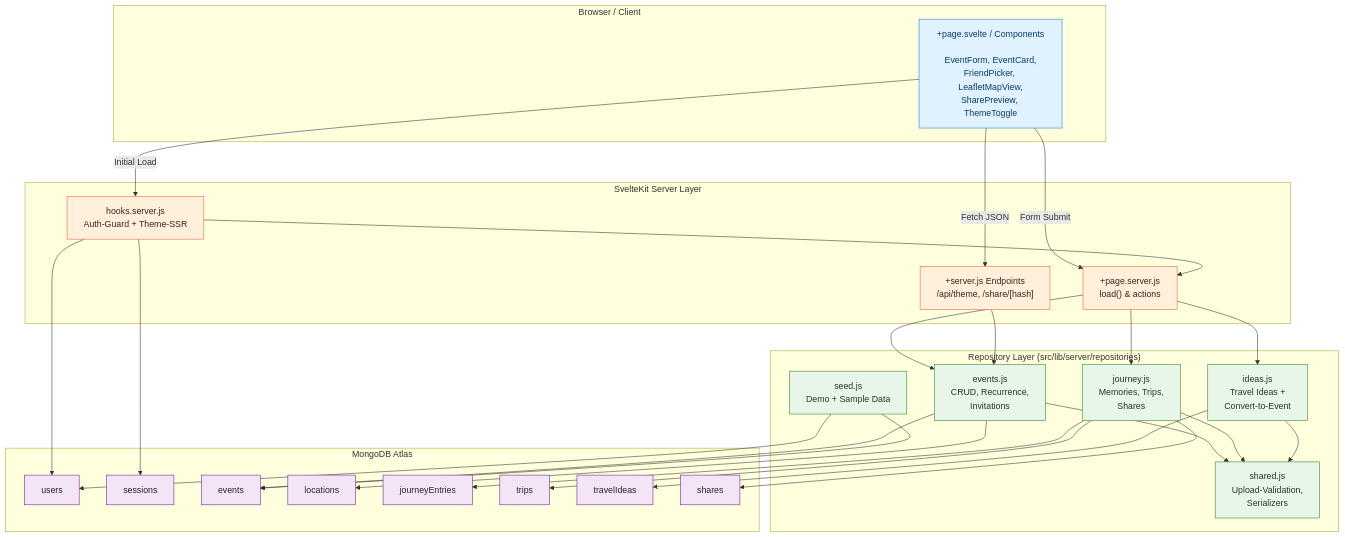
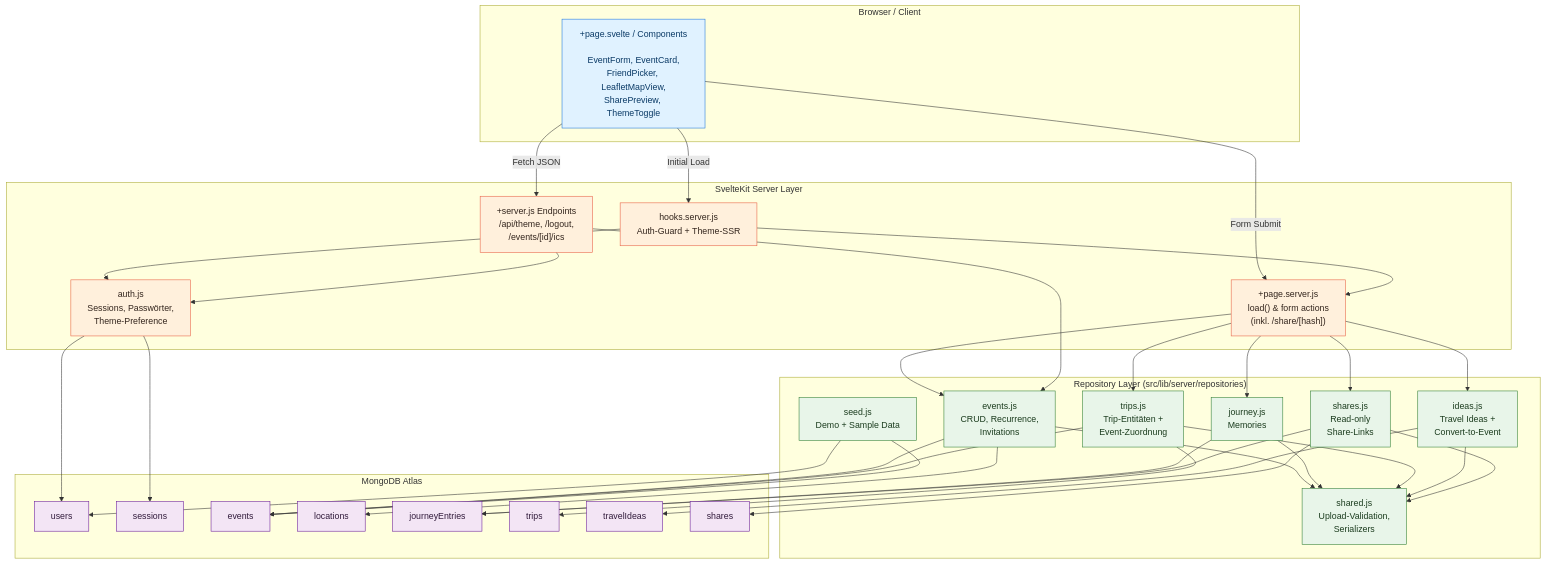
The second of 2 diagrams in README.md (difrodar/traveljourneyapp), drawn with Mermaid before and after one commit. The commit also changed other lines of this file, not shown here.

Commit message:
docs: fix architecture diagram + open Figma link in new tab
Architecture diagram (§3.4.2):
- Split trips.js and shares.js as their own repository modules
  (previously lumped under journey.js)
- Surface auth.js as the module that touches users/sessions
  (previously attributed directly to hooks.server.js)
- Correct API endpoint list: /api/theme, /logout, /events/[id]/ics
  (/share/[hash] is a +page.server.js, not a +server.js endpoint)
- Add edges Trips→EventsC and Shares→JourneyC to reflect cross-collection reads

Figma mockup link (§3.3):
- Convert markdown link to HTML <a target="_blank" rel="noopener">
  so the prototype opens in a new tab instead of replacing the README view

````diff
--- a/README.md
+++ b/README.md
@@ -150,62 +150,73 @@
 ```mermaid
 flowchart TB
     subgraph Client["Browser / Client"]
         Pages["+page.svelte / Components<br/><br/>EventForm, EventCard,<br/>FriendPicker, LeafletMapView,<br/>SharePreview, ThemeToggle"]
     end
 
     subgraph SvelteKit["SvelteKit Server Layer"]
         Hooks["hooks.server.js<br/>Auth-Guard + Theme-SSR"]
-        Loads["+page.server.js<br/>load() & actions"]
-        API["+server.js Endpoints<br/>/api/theme, /share/[hash]"]
+        Loads["+page.server.js<br/>load() & form actions<br/>(inkl. /share/[hash])"]
+        API["+server.js Endpoints<br/>/api/theme, /logout,<br/>/events/[id]/ics"]
+        Auth["auth.js<br/>Sessions, Passwörter,<br/>Theme-Preference"]
     end
 
     subgraph Repos["Repository Layer (src/lib/server/repositories)"]
         Shared["shared.js<br/>Upload-Validation,<br/>Serializers"]
         Events["events.js<br/>CRUD, Recurrence,<br/>Invitations"]
-        Journey["journey.js<br/>Memories, Trips,<br/>Shares"]
+        Journey["journey.js<br/>Memories"]
+        Trips["trips.js<br/>Trip-Entitäten +<br/>Event-Zuordnung"]
         Ideas["ideas.js<br/>Travel Ideas +<br/>Convert-to-Event"]
+        Shares["shares.js<br/>Read-only<br/>Share-Links"]
         Seed["seed.js<br/>Demo + Sample Data"]
     end
 
     subgraph DB["MongoDB Atlas"]
         Users["users"]
         Sessions["sessions"]
         EventsC["events"]
         Locations["locations"]
         JourneyC["journeyEntries"]
         TripsC["trips"]
         IdeasC["travelIdeas"]
         SharesC["shares"]
     end
 
     Pages -->|Form Submit| Loads
     Pages -->|Fetch JSON| API
     Pages -->|Initial Load| Hooks
+    Hooks --> Auth
     Hooks --> Loads
     Loads --> Events
     Loads --> Journey
+    Loads --> Trips
     Loads --> Ideas
+    Loads --> Shares
+    API --> Auth
     API --> Events
     Events --> Shared
     Journey --> Shared
+    Trips --> Shared
     Ideas --> Shared
+    Shares --> Shared
+    Auth --> Users
+    Auth --> Sessions
     Events --> EventsC
     Events --> Locations
     Journey --> JourneyC
-    Journey --> TripsC
-    Journey --> SharesC
+    Trips --> TripsC
+    Trips --> EventsC
     Ideas --> IdeasC
-    Hooks --> Users
-    Hooks --> Sessions
+    Shares --> SharesC
+    Shares --> JourneyC
     Seed --> Users
     Seed --> EventsC
 
     classDef client fill:#e0f2ff,stroke:#1d76db,color:#0a3a66
     classDef server fill:#fff0dc,stroke:#e75f43,color:#33251d
     classDef repo fill:#e8f5e9,stroke:#2e7d32,color:#1b3c1e
     classDef db fill:#f3e5f5,stroke:#6a1b9a,color:#311b3b
     class Pages client
-    class Hooks,Loads,API server
-    class Shared,Events,Journey,Ideas,Seed repo
+    class Hooks,Loads,API,Auth server
+    class Shared,Events,Journey,Trips,Ideas,Shares,Seed repo
     class Users,Sessions,EventsC,Locations,JourneyC,TripsC,IdeasC,SharesC db
 ```
````
